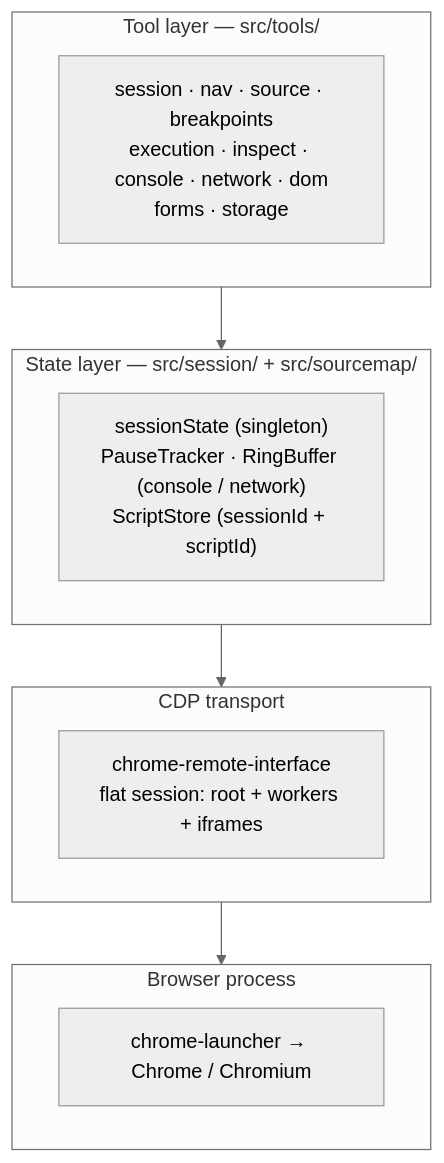
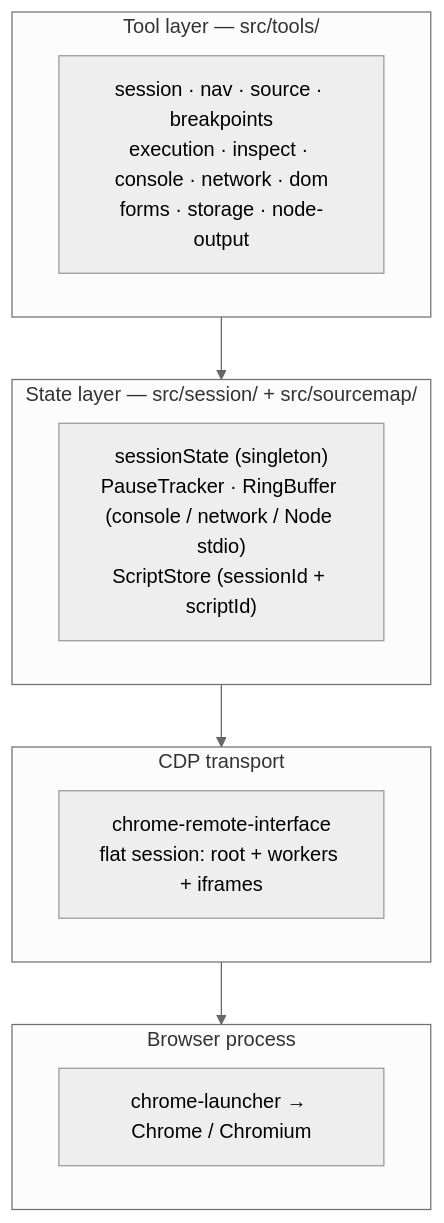
Before and after one commit to lcjanke2020/lynceus: the second of 6 diagrams in docs/ARCHITECTURE.md, drawn with Mermaid (neutral theme). The commit also changed other lines of this file and 7 other files, not shown here.

````diff
--- a/docs/ARCHITECTURE.md
+++ b/docs/ARCHITECTURE.md
@@ -47,16 +47,16 @@
 ```mermaid
 flowchart TB
     subgraph T["Tool layer — src/tools/"]
-        TT["session · nav · source · breakpoints<br/>execution · inspect · console · network · dom<br/>forms · storage"]
+        TT["session · nav · source · breakpoints<br/>execution · inspect · console · network · dom<br/>forms · storage · node-output"]
     end
     subgraph S["State layer — src/session/ + src/sourcemap/"]
-        SS["sessionState (singleton)<br/>PauseTracker · RingBuffer (console / network)<br/>ScriptStore (sessionId + scriptId)"]
+        SS["sessionState (singleton)<br/>PauseTracker · RingBuffer (console / network / Node stdio)<br/>ScriptStore (sessionId + scriptId)"]
     end
     subgraph C["CDP transport"]
         CC["chrome-remote-interface<br/>flat session: root + workers + iframes"]
     end
     subgraph B["Browser process"]
         BB["chrome-launcher → Chrome / Chromium"]
     end
     T --> S --> C --> B
 ```
````
